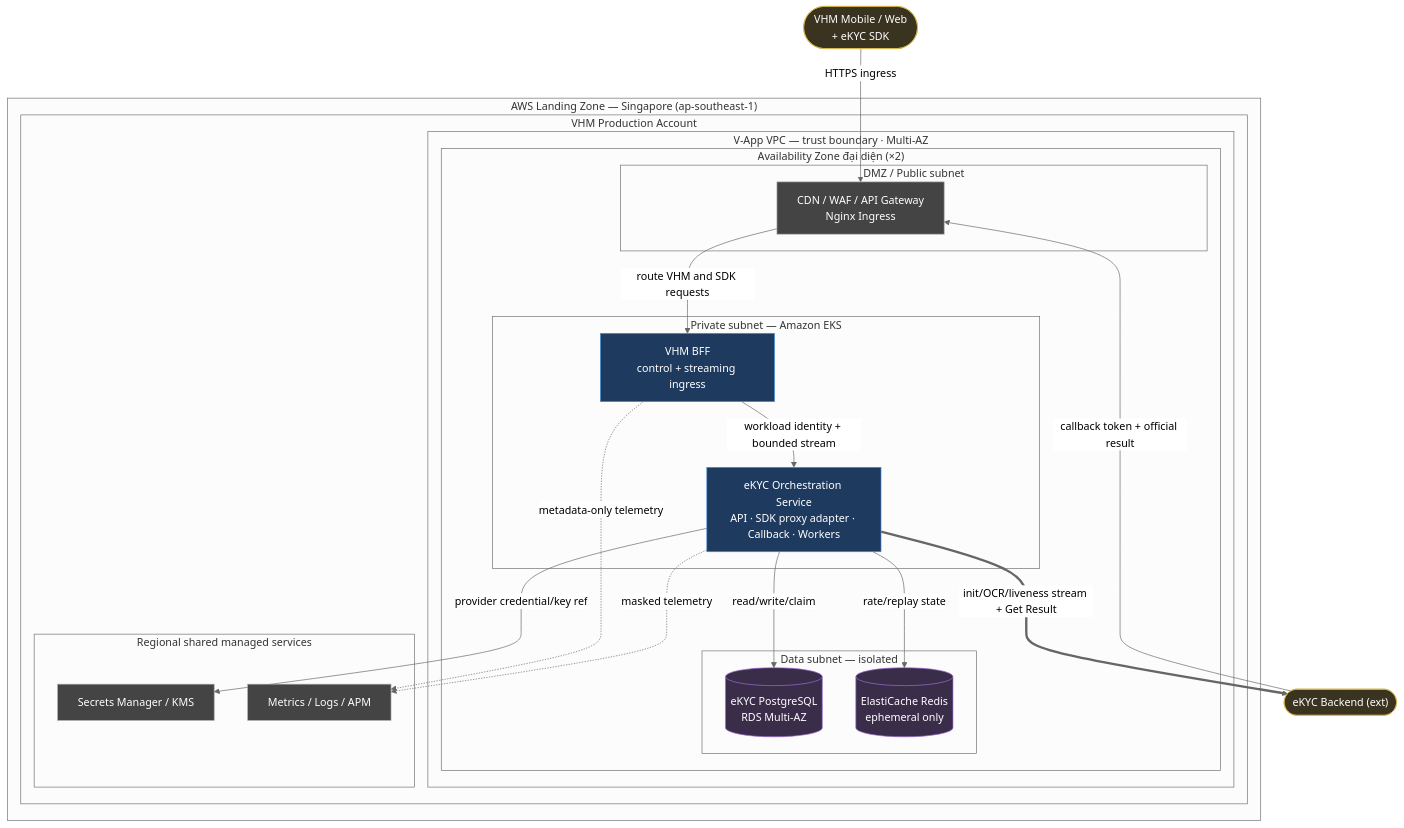
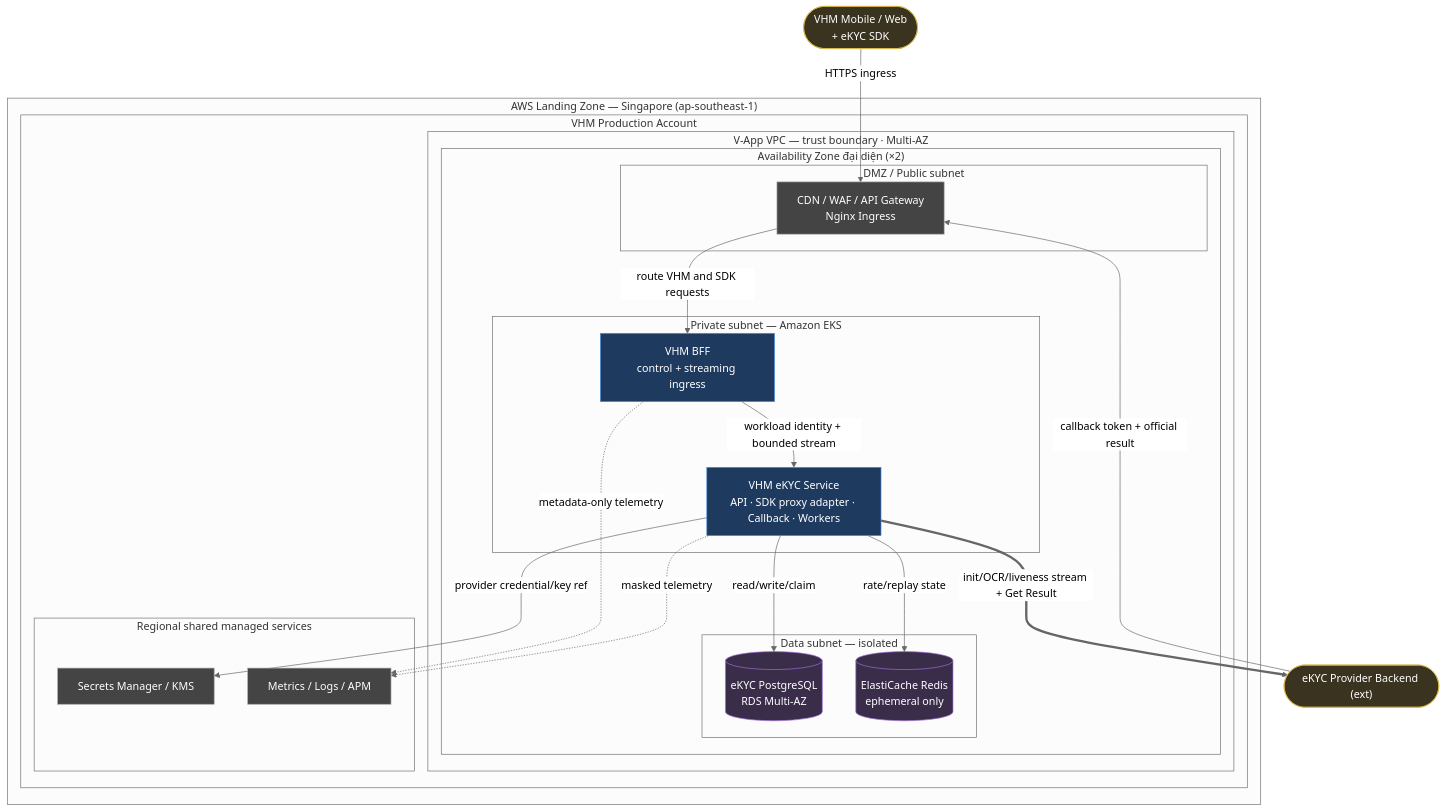
Diagram 15 of 16 in README.md (huynv-xyz/vhm), drawn with Mermaid (neutral theme) before and after one commit. The commit also changed other lines of this file, not shown here.

````diff
--- a/README.md
+++ b/README.md
@@ -1310,45 +1304,45 @@
 ```mermaid
 flowchart TB
     CLIENT(["VHM Mobile / Web<br/>+ eKYC SDK"]):::entity
-    PROVIDER(["eKYC Backend (ext)"]):::entity
+    PROVIDER(["eKYC Provider Backend (ext)"]):::entity
 
     subgraph LZ["AWS Landing Zone — Singapore (ap-southeast-1)"]
         subgraph ACCOUNT["VHM Production Account"]
             subgraph VPC["V-App VPC — trust boundary · Multi-AZ"]
                 subgraph AZ["Availability Zone đại diện (×2)"]
                     subgraph EDGE["DMZ / Public subnet"]
                         GATEWAY["CDN / WAF / API Gateway<br/>Nginx Ingress"]:::infra
                     end
                     subgraph APPZONE["Private subnet — Amazon EKS"]
                         BFF["VHM BFF<br/>control + streaming ingress"]:::bc
-                        Orchestrator["eKYC Orchestration Service<br/>API · SDK proxy adapter · Callback · Workers"]:::bc
+                        EKYC_SERVICE["VHM eKYC Service<br/>API · SDK proxy adapter · Callback · Workers"]:::bc
                     end
                     subgraph DATAZONE["Data subnet — isolated"]
                         RDS[("eKYC PostgreSQL<br/>RDS Multi-AZ")]:::datastore
                         REDIS[("ElastiCache Redis<br/>ephemeral only")]:::datastore
                     end
                 end
             end
             subgraph SHARED["Regional shared managed services"]
                 SECRET["Secrets Manager / KMS"]:::infra
                 OBS["Metrics / Logs / APM"]:::infra
             end
         end
     end
 
     CLIENT -->|HTTPS ingress| GATEWAY
     PROVIDER -->|callback token + official result| GATEWAY
     GATEWAY -->|route VHM and SDK requests| BFF
-    BFF -->|workload identity + bounded stream| Orchestrator
-    Orchestrator -->|read/write/claim| RDS
-    Orchestrator -->|rate/replay state| REDIS
-    Orchestrator -->|provider credential/key ref| SECRET
+    BFF -->|workload identity + bounded stream| EKYC_SERVICE
+    EKYC_SERVICE -->|read/write/claim| RDS
+    EKYC_SERVICE -->|rate/replay state| REDIS
+    EKYC_SERVICE -->|provider credential/key ref| SECRET
     BFF -.->|metadata-only telemetry| OBS
-    Orchestrator -.->|masked telemetry| OBS
-    Orchestrator ==>|init/OCR/liveness stream + Get Result| PROVIDER
+    EKYC_SERVICE -.->|masked telemetry| OBS
+    EKYC_SERVICE ==>|init/OCR/liveness stream + Get Result| PROVIDER
 
     classDef bc fill:#1f3a5f,stroke:#4a90d9,color:#fff;
     classDef entity fill:#3a3320,stroke:#d9b84a,color:#fff;
     classDef datastore fill:#3a2d4a,stroke:#a06fd9,color:#fff;
     classDef infra fill:#444,stroke:#aaa,color:#fff;
 ```
````
